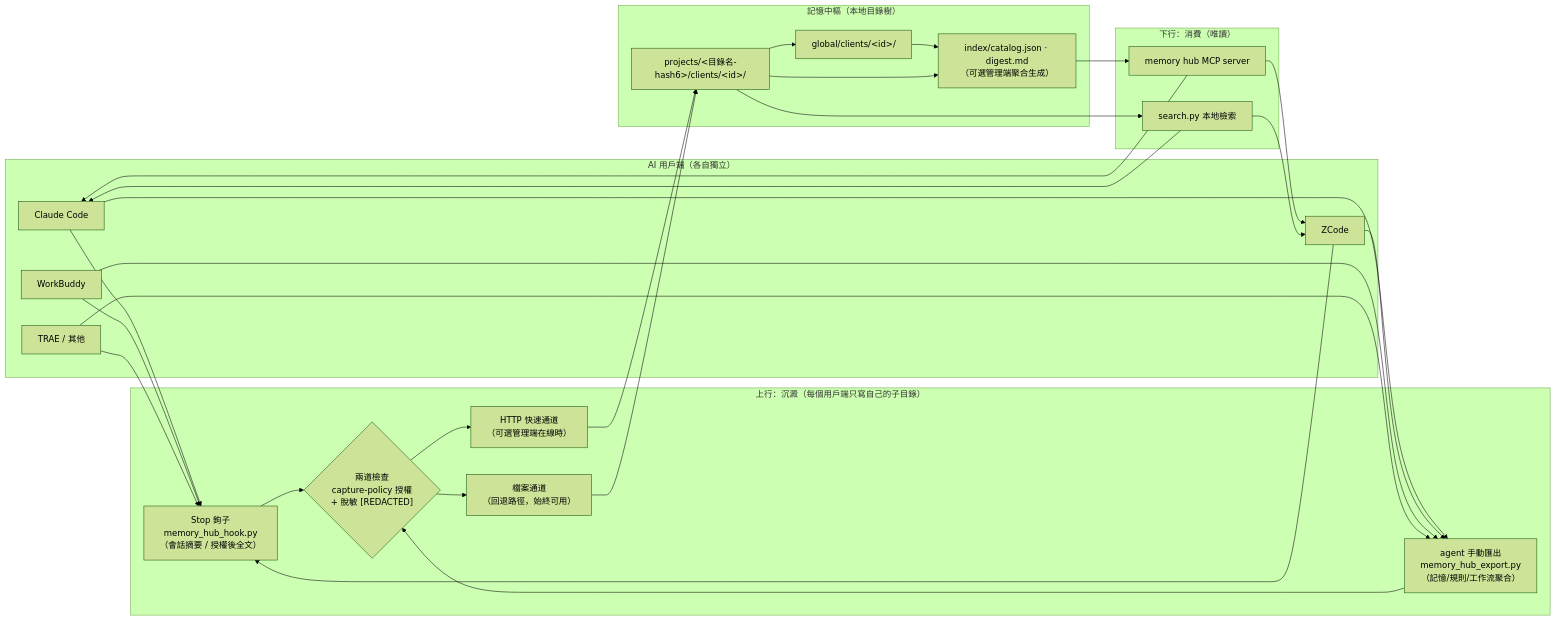
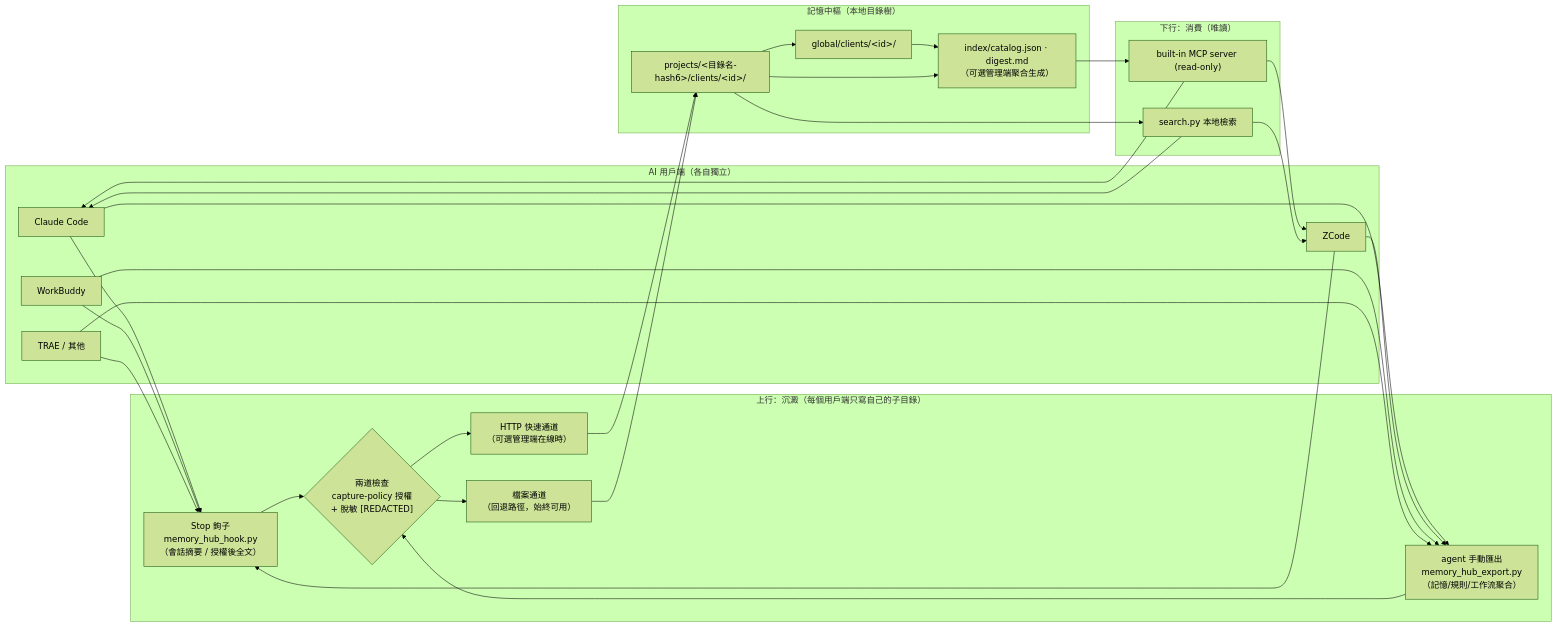
One commit to KKDestiny/memory-hub-plugin changed the first of 2 diagrams in README.zh-Hant.md. Above: the diagram before and after it, drawn with Mermaid (forest theme). The commit also changed other lines of this file and 10 other files, not shown here.

````diff
--- a/README.zh-Hant.md
+++ b/README.zh-Hant.md
@@ -39,41 +44,41 @@
 ```mermaid
 flowchart LR
     subgraph clients["AI 用戶端（各自獨立）"]
         CC["Claude Code"]
         ZC["ZCode"]
         WB["WorkBuddy"]
         TR["TRAE / 其他"]
     end
 
     subgraph up["上行：沉澱（每個用戶端只寫自己的子目錄）"]
         hook["Stop 鉤子<br/>memory_hub_hook.py<br/>（會話摘要 / 授權後全文）"]
         agent["agent 手動匯出<br/>memory_hub_export.py<br/>（記憶/規則/工作流聚合）"]
         gate{"兩道檢查<br/>capture-policy 授權<br/>+ 脫敏 [REDACTED]"}
         http["HTTP 快速通道<br/>（可選管理端在線時）"]
         file["檔案通道<br/>（回退路徑，始終可用）"]
     end
 
     subgraph hub["記憶中樞（本地目錄樹）"]
         proj["projects/&lt;目錄名-hash6&gt;/clients/&lt;id&gt;/"]
         glob["global/clients/&lt;id&gt;/"]
         index["index/catalog.json · digest.md<br/>（可選管理端聚合生成）"]
     end
 
     subgraph down["下行：消費（唯讀）"]
-        mcp["memory hub MCP server"]
+        mcp["built-in MCP server (read-only)"]
         search["search.py 本地檢索"]
     end
 
     CC & ZC & WB & TR --> hook
     CC & ZC & WB & TR --> agent
     hook --> gate
     agent --> gate
     gate --> http --> proj
     gate --> file --> proj
     proj --> glob --> index
     proj --> index
     index --> mcp
     proj --> search
     mcp & search --> ZC
     mcp & search --> CC
 ```
````
